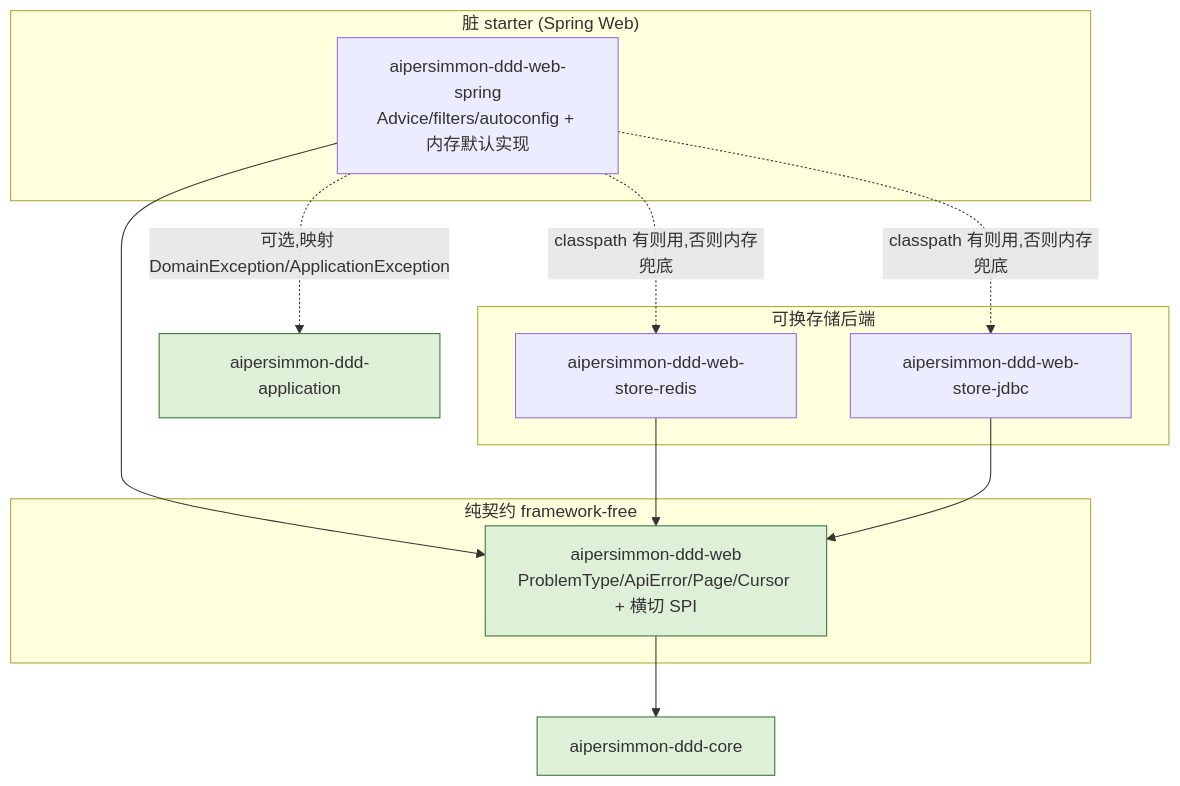
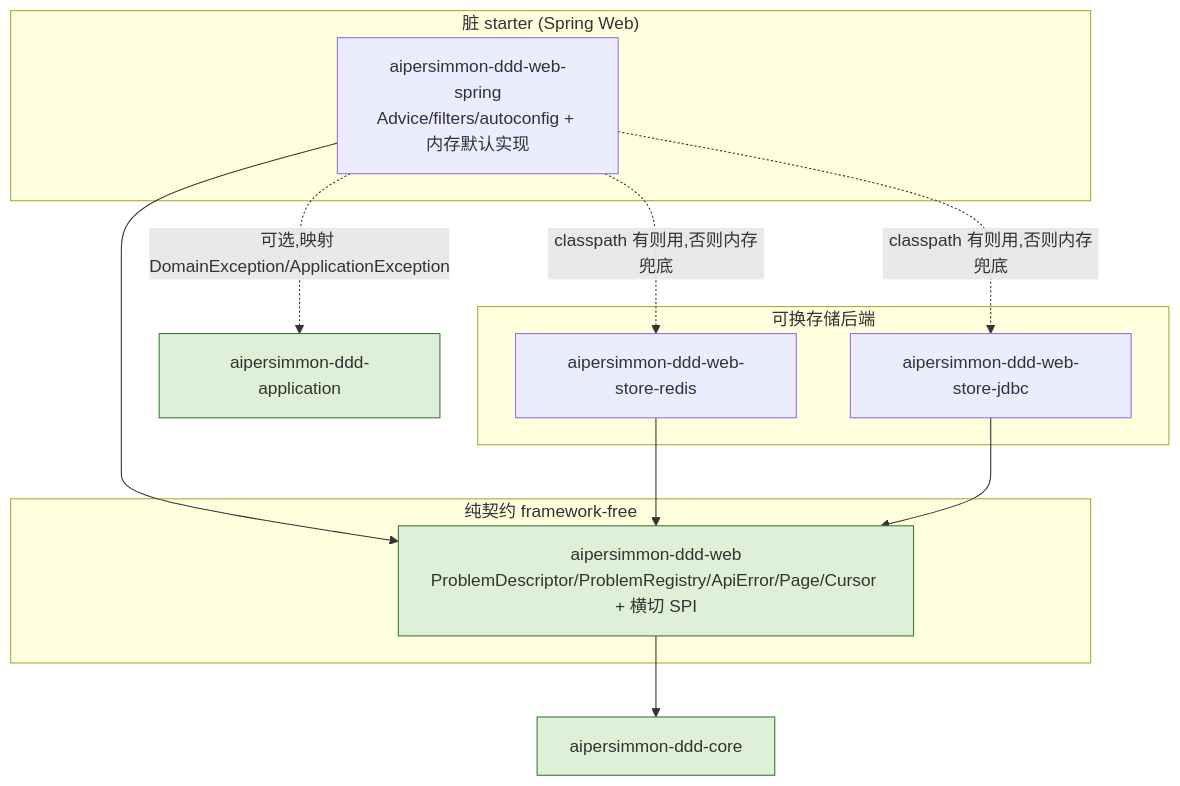
The diagram in docs/design/design-00002-web-layer.md (ryan-alexander-zhang/ai-native-project-template), drawn with Mermaid before and after one commit. The commit also changed other lines of this file and 3 other files, not shown here.

First line of the commit message:
docs(exception-model): document ErrorCode → ProblemDescriptor composition (C+)

````diff
--- a/docs/design/design-00002-web-layer.md
+++ b/docs/design/design-00002-web-layer.md
@@ -41,26 +41,26 @@
 ```mermaid
 flowchart TD
   core["aipersimmon-ddd-core"]
   app["aipersimmon-ddd-application"]
   subgraph webpure["纯契约 framework-free"]
-    web["aipersimmon-ddd-web<br/>ProblemType/ApiError/Page/Cursor + 横切 SPI"]
+    web["aipersimmon-ddd-web<br/>ProblemDescriptor/ProblemRegistry/ApiError/Page/Cursor + 横切 SPI"]
   end
   subgraph webstarter["脏 starter (Spring Web)"]
     webspring["aipersimmon-ddd-web-spring<br/>Advice/filters/autoconfig + 内存默认实现"]
   end
   subgraph webstore["可换存储后端"]
     redis["aipersimmon-ddd-web-store-redis"]
     jdbc["aipersimmon-ddd-web-store-jdbc"]
   end
 
   web --> core
   webspring --> web
   webspring -. 可选,映射 DomainException/ApplicationException .-> app
   redis --> web
   jdbc --> web
   webspring -. classpath 有则用,否则内存兜底 .-> redis
   webspring -. classpath 有则用,否则内存兜底 .-> jdbc
 
   classDef pure fill:#dff0d8,stroke:#3c763d;
   class core,app,web pure
 ```
````
